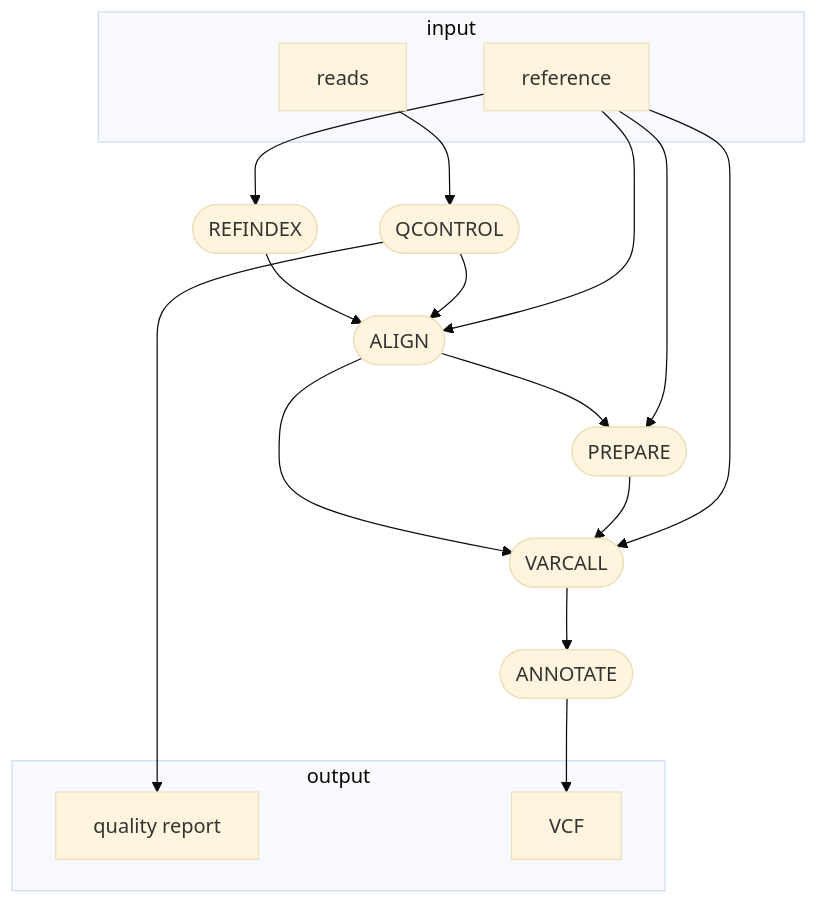
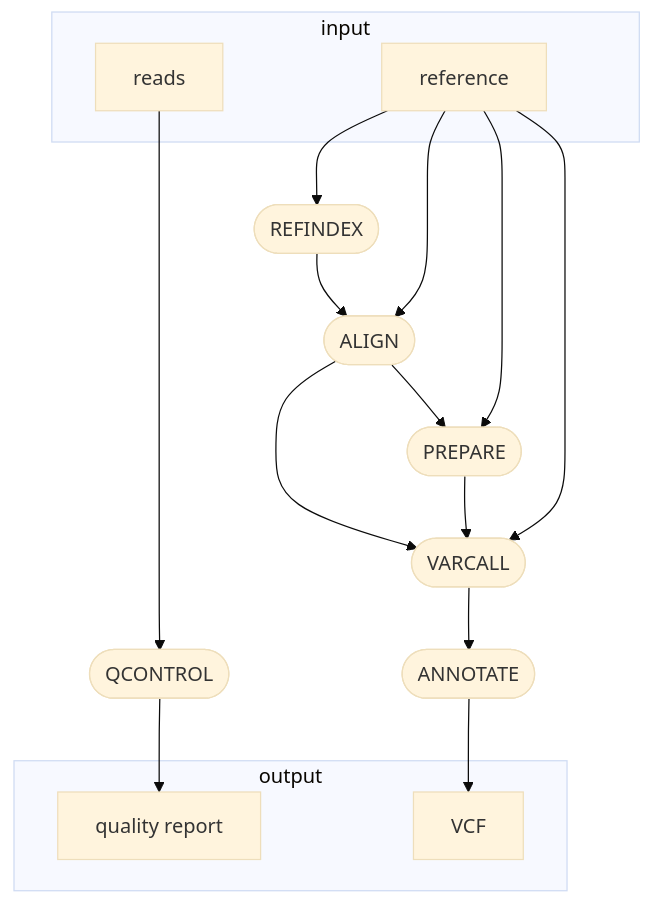
One commit to glebus-sasha/deepvariant_nf changed the first of 2 diagrams in README.md. Above: the diagram before and after it, drawn with Mermaid.

````diff
--- a/README.md
+++ b/README.md
@@ -5,31 +5,30 @@
 ```mermaid
 %%{init: {'theme':'base'}}%%
 flowchart TB
     subgraph "input"
     v0["reads"]
     v1["reference"]
     end
     v2([REFINDEX])
     v3([QCONTROL])
     subgraph "output"
     v4["quality report"]
     v14["VCF"]
     end
     v6([ALIGN])
     v8([PREPARE])
     v10([VARCALL])
     v13([ANNOTATE])
     v0 --> v3
     v1 --> v2
     v2 --> v6
-    v3 --> v6
     v3 --> v4
     v1 --> v6
     v6 --> v8
     v6 --> v10
     v1 --> v8
     v8 --> v10
     v1 --> v10
     v10 --> v13
     v13 --> v14
 ```
````
